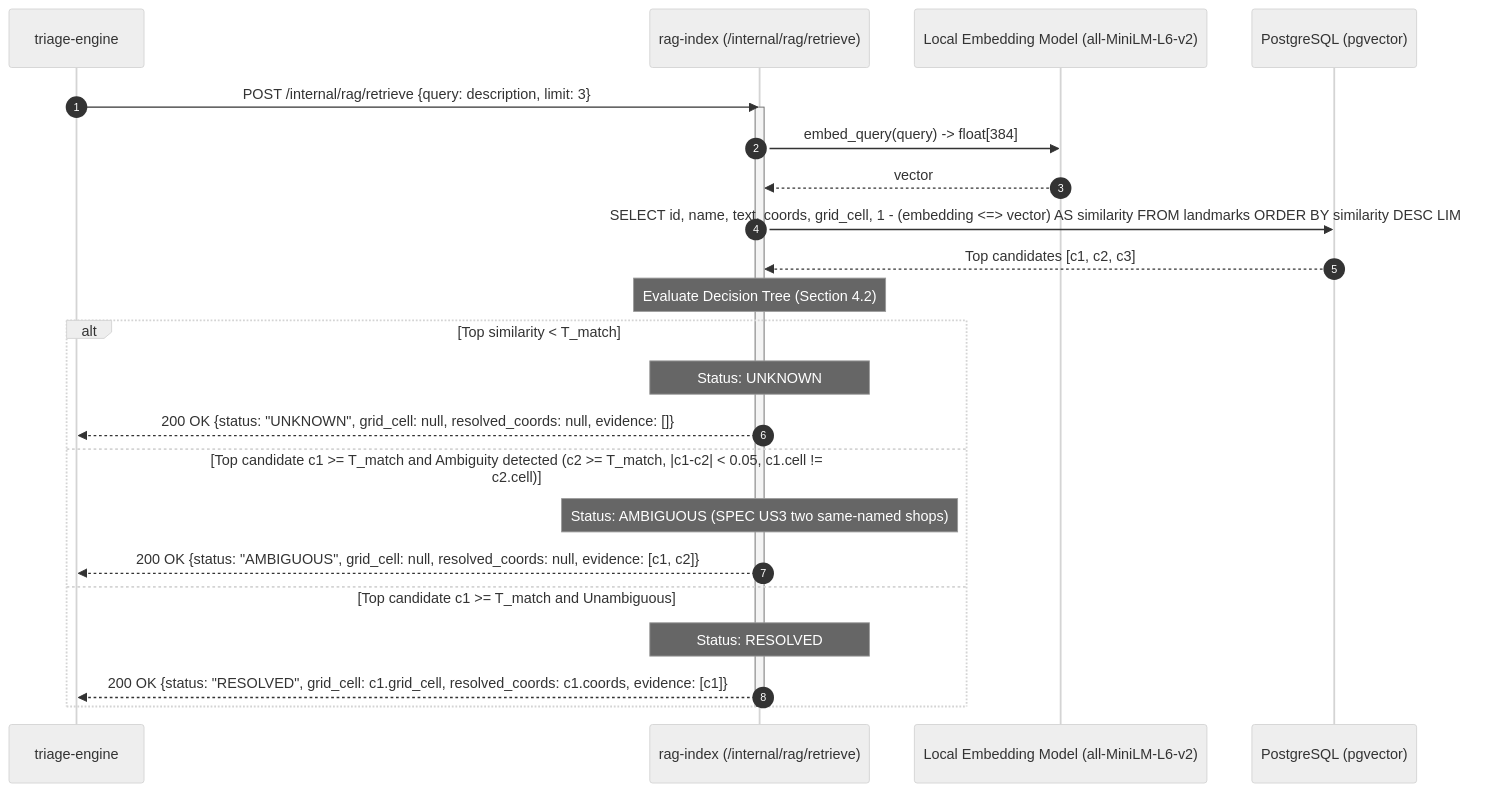
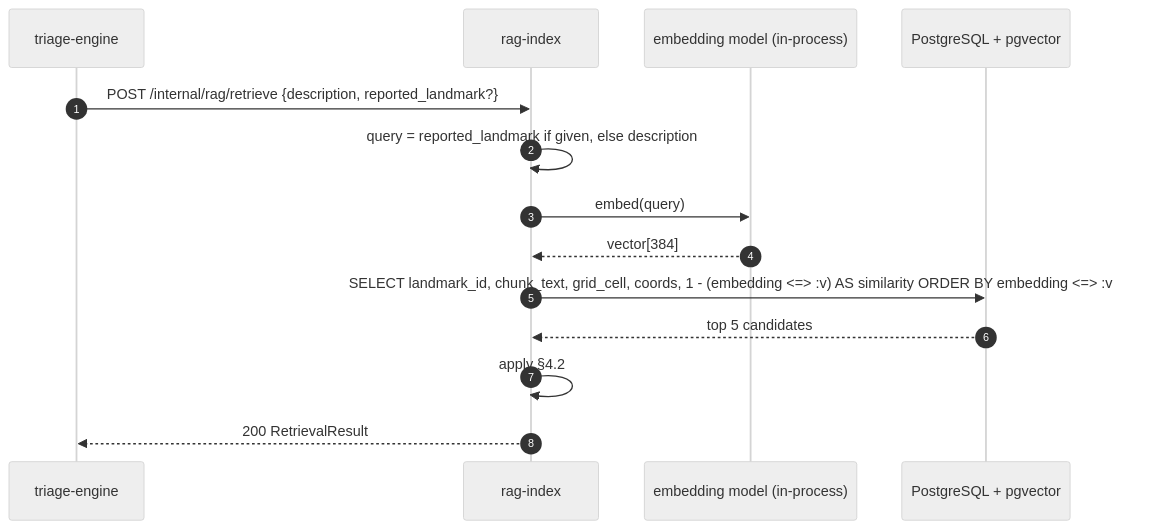
The second of 3 diagrams in docs/design/rag.md (Katlego-tech/Grid-Lock), drawn with Mermaid (neutral theme) before and after one commit. The commit also changed other lines of this file and 4 other files, not shown here.

````diff
--- a/docs/design/rag.md
+++ b/docs/design/rag.md
@@ -105,30 +100,17 @@
 ```mermaid
 sequenceDiagram
     autonumber
     participant T as triage-engine
-    participant R as rag-index (/internal/rag/retrieve)
-    participant E as Local Embedding Model (all-MiniLM-L6-v2)
-    participant DB as PostgreSQL (pgvector)
+    participant R as rag-index
+    participant E as embedding model (in-process)
+    participant DB as PostgreSQL + pgvector
 
-    T->>R: POST /internal/rag/retrieve {query: description, limit: 3}
-    activate R
-
-    R->>E: embed_query(query) -> float[384]
-    E-->>R: vector
-
-    R->>DB: SELECT id, name, text, coords, grid_cell, 1 - (embedding <=> vector) AS similarity FROM landmarks ORDER BY similarity DESC LIMIT 3
-    DB-->>R: Top candidates [c1, c2, c3]
-
-    Note over R: Evaluate Decision Tree (Section 4.2)
-    alt Top similarity < T_match
-        Note over R: Status: UNKNOWN
-        R-->>T: 200 OK {status: "UNKNOWN", grid_cell: null, resolved_coords: null, evidence: []}
-    else Top candidate c1 >= T_match and Ambiguity detected (c2 >= T_match, |c1-c2| < 0.05, c1.cell != c2.cell)
-        Note over R: Status: AMBIGUOUS (SPEC US3 two same-named shops)
-        R-->>T: 200 OK {status: "AMBIGUOUS", grid_cell: null, resolved_coords: null, evidence: [c1, c2]}
-    else Top candidate c1 >= T_match and Unambiguous
-        Note over R: Status: RESOLVED
-        R-->>T: 200 OK {status: "RESOLVED", grid_cell: c1.grid_cell, resolved_coords: c1.coords, evidence: [c1]}
-    end
-    deactivate R
+    T->>R: POST /internal/rag/retrieve {description, reported_landmark?}
+    R->>R: query = reported_landmark if given, else description
+    R->>E: embed(query)
+    E-->>R: vector[384]
+    R->>DB: SELECT landmark_id, chunk_text, grid_cell, coords, 1 - (embedding <=> :v) AS similarity ORDER BY embedding <=> :v LIMIT 5
+    DB-->>R: top 5 candidates
+    R->>R: apply §4.2
+    R-->>T: 200 RetrievalResult
 ```
````
